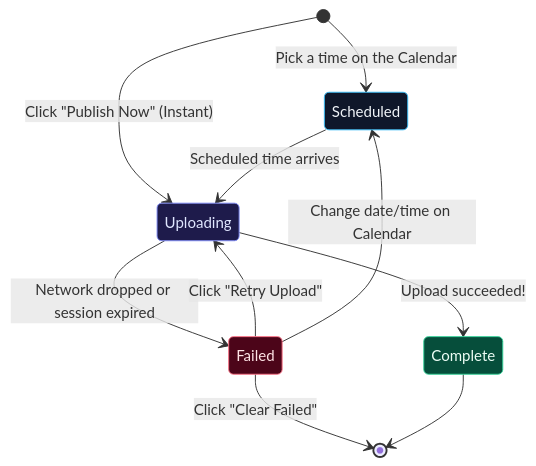
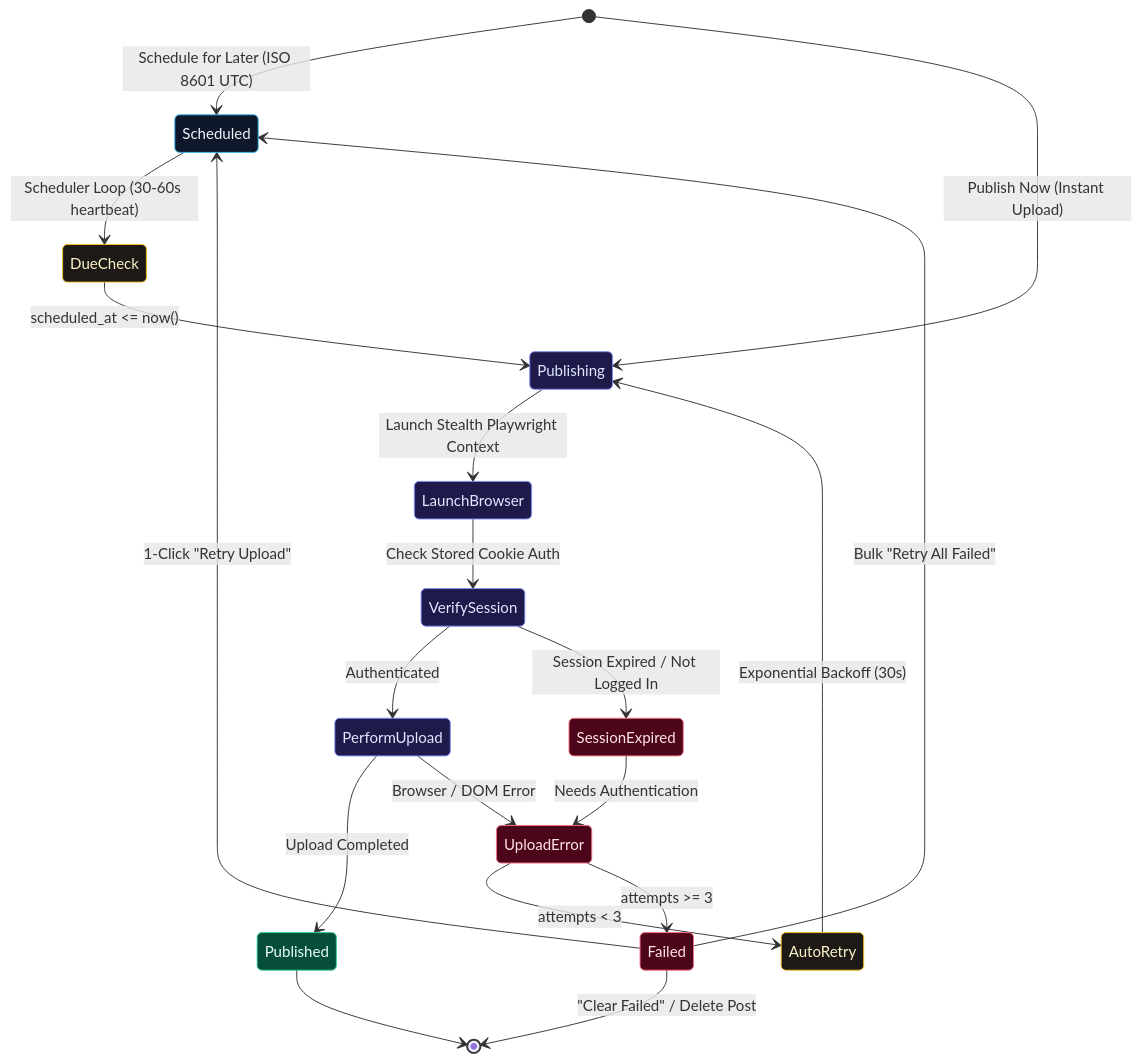
One commit to DivyamJoshi2005/Alfred changed the eighth of 9 diagrams in README.md. Above: the diagram before and after it, drawn with Mermaid. The commit also changed other lines of this file and 1 other file, not shown here.

Commit message:
docs: enrich READMEs with complete technical depth, clear human explanations, and styled Mermaid diagrams

````diff
--- a/README.md
+++ b/README.md
@@ -258,26 +490,40 @@
 ```mermaid
 stateDiagram-v2
     classDef scheduled fill:#0f172a,stroke:#38bdf8,color:#f1f5f9
     classDef active fill:#1e1b4b,stroke:#818cf8,color:#e0e7ff
     classDef success fill:#064e3b,stroke:#34d399,color:#ecfdf5
     classDef error fill:#4c0519,stroke:#fb7185,color:#ffe4e6
+    classDef retry fill:#1c1917,stroke:#fbbf24,color:#fef3c7
 
-    [*] --> Scheduled: Pick a time on the Calendar
-    [*] --> Uploading: Click "Publish Now" (Instant)
+    [*] --> Scheduled: Schedule for Later (ISO 8601 UTC)
+    [*] --> Publishing: Publish Now (Instant Upload)
 
-    Scheduled --> Uploading: Scheduled time arrives
+    Scheduled --> DueCheck: Scheduler Loop (30-60s heartbeat)
+    DueCheck --> Publishing: scheduled_at <= now()
 
-    Uploading --> Complete: Upload succeeded!
-    Uploading --> Failed: Network dropped or session expired
+    Publishing --> LaunchBrowser: Launch Stealth Playwright Context
+    LaunchBrowser --> VerifySession: Check Stored Cookie Auth
 
-    Failed --> Uploading: Click "Retry Upload"
-    Failed --> Scheduled: Change date/time on Calendar
-    Failed --> [*]: Click "Clear Failed"
+    VerifySession --> PerformUpload: Authenticated
+    VerifySession --> SessionExpired: Session Expired / Not Logged In
 
-    Complete --> [*]
+    PerformUpload --> Published: Upload Completed
+    PerformUpload --> UploadError: Browser / DOM Error
+    SessionExpired --> UploadError: Needs Authentication
+
+    UploadError --> AutoRetry: attempts < 3
+    AutoRetry --> Publishing: Exponential Backoff (30s)
+
+    UploadError --> Failed: attempts >= 3
+    Failed --> Scheduled: 1-Click "Retry Upload"
+    Failed --> Scheduled: Bulk "Retry All Failed"
+    Failed --> [*]: "Clear Failed" / Delete Post
+
+    Published --> [*]
 
     class Scheduled scheduled
-    class Uploading active
-    class Complete success
-    class Failed error
+    class Publishing,LaunchBrowser,VerifySession,PerformUpload active
+    class Published success
+    class SessionExpired,UploadError,Failed error
+    class DueCheck,AutoRetry retry
 ```
````
